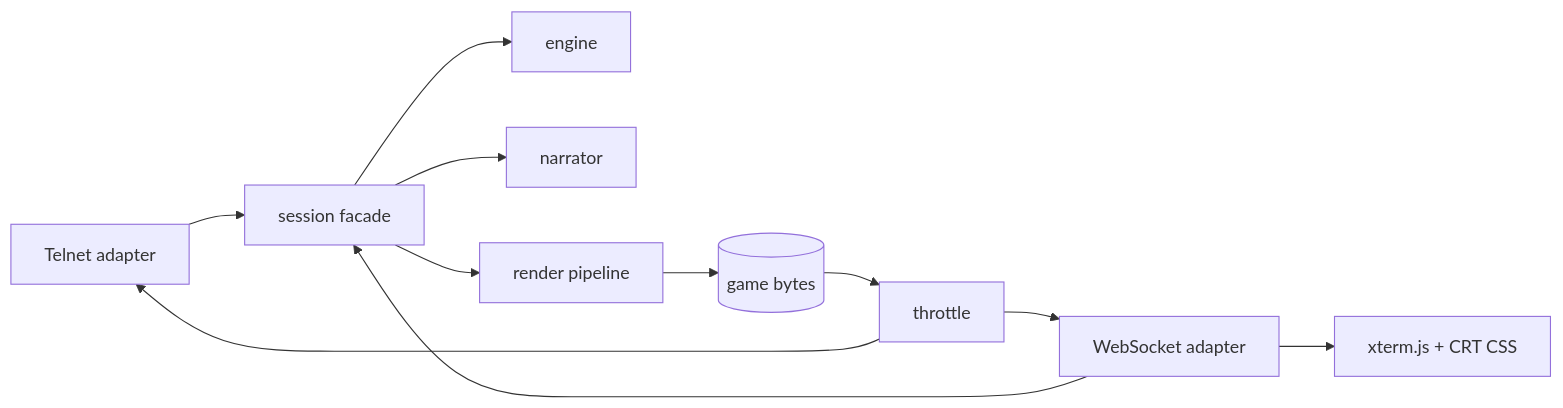
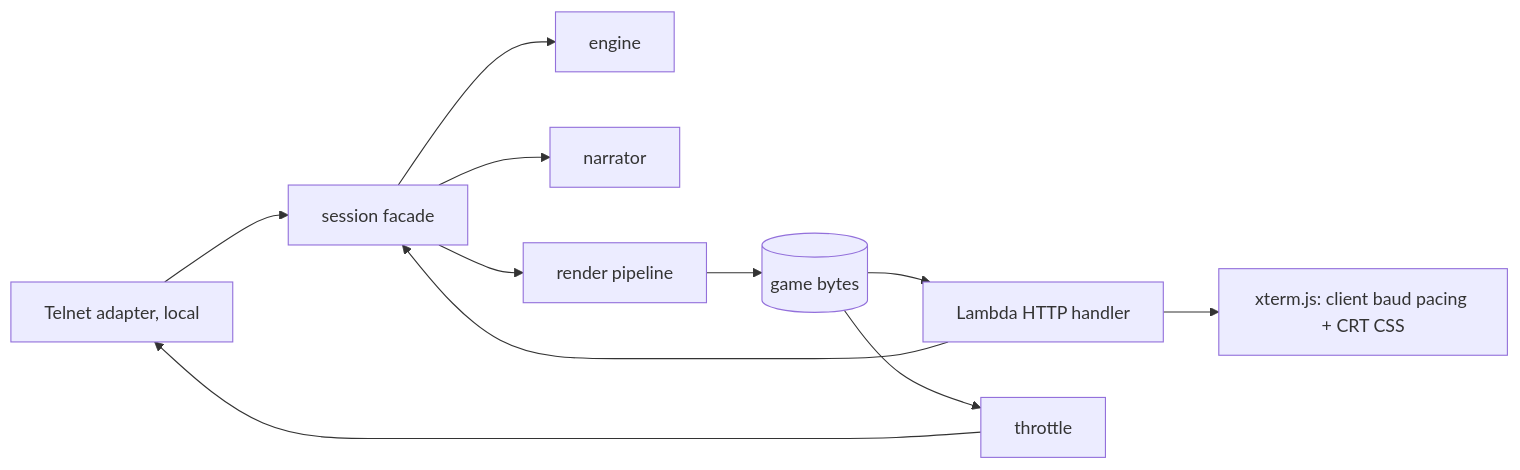
The second of 2 diagrams in .kiro/specs/telnet-tales/design.md (rcruz63/bssmaze), drawn with Mermaid before and after one commit. The commit also changed other lines of this file and 20 other files, not shown here.

````diff
--- a/.kiro/specs/telnet-tales/design.md
+++ b/.kiro/specs/telnet-tales/design.md
@@ -91,11 +89,10 @@
 ```mermaid
 flowchart LR
-  T[Telnet adapter] --> F[session facade]
-  W[WebSocket adapter] --> F
+  T[Telnet adapter, local] --> F[session facade]
+  H[Lambda HTTP handler] --> F
   F --> E[engine]
   F --> N[narrator]
   F --> P[render pipeline]
   P --> B[(game bytes)] --> TH[throttle] --> T
-  TH --> W
-  W --> X[xterm.js + CRT CSS]
+  B --> H --> X[xterm.js: client baud pacing + CRT CSS]
 ```
````
